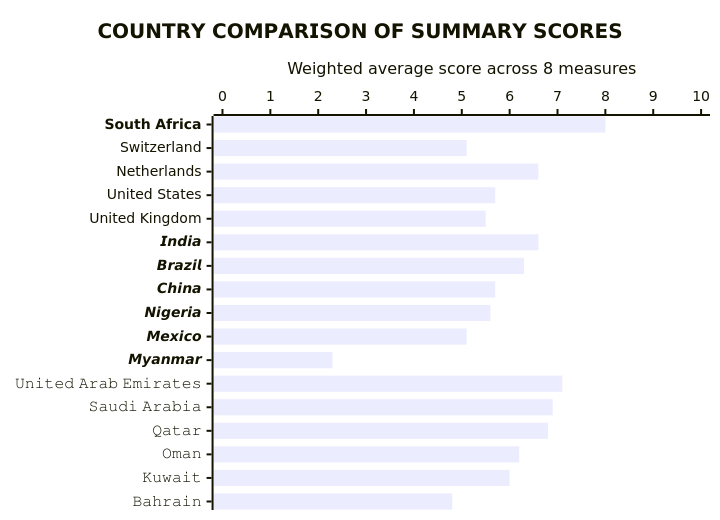
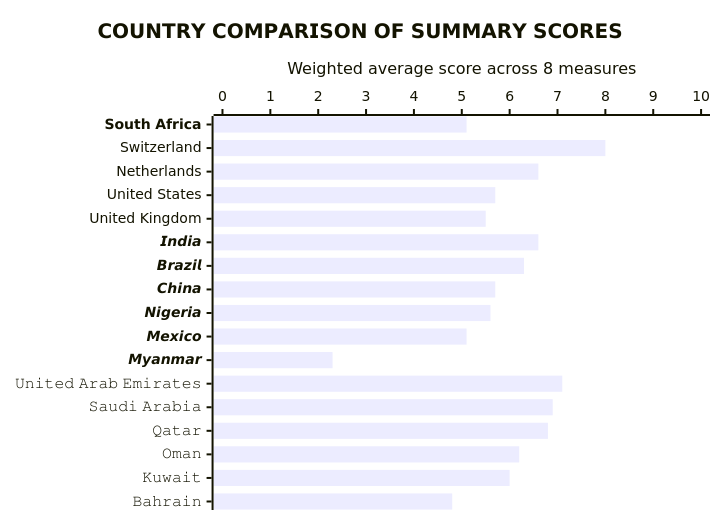
Before and after one commit to Tellusant/docs: the second of 2 diagrams in articles-posts/economic-and-policy-sentiment-zaf.md, drawn with Mermaid.

```diff
--- a/articles-posts/economic-and-policy-sentiment-zaf.md
+++ b/articles-posts/economic-and-policy-sentiment-zaf.md
@@ -82,9 +82,9 @@
 <div class="mermaid">
 
 xychart-beta horizontal
     title "𝗖𝗢𝗨𝗡𝗧𝗥𝗬 𝗖𝗢𝗠𝗣𝗔𝗥𝗜𝗦𝗢𝗡 𝗢𝗙 𝗦𝗨𝗠𝗠𝗔𝗥𝗬 𝗦𝗖𝗢𝗥𝗘𝗦"
     x-axis ["𝗦𝗼𝘂𝘁𝗵 𝗔𝗳𝗿𝗶𝗰𝗮", "Switzerland", "Netherlands", "United States", "United Kingdom", "𝙄𝙣𝙙𝙞𝙖", "𝘽𝙧𝙖𝙯𝙞𝙡", "𝘾𝙝𝙞𝙣𝙖", "𝙉𝙞𝙜𝙚𝙧𝙞𝙖", "𝙈𝙚𝙭𝙞𝙘𝙤", "𝙈𝙮𝙖𝙣𝙢𝙖𝙧", "𝚄𝚗𝚒𝚝𝚎𝚍 𝙰𝚛𝚊𝚋 𝙴𝚖𝚒𝚛𝚊𝚝𝚎𝚜", "𝚂𝚊𝚞𝚍𝚒 𝙰𝚛𝚊𝚋𝚒𝚊", "𝚀𝚊𝚝𝚊𝚛","𝙾𝚖𝚊𝚗", "𝙺𝚞𝚠𝚊𝚒𝚝", "𝙱𝚊𝚑𝚛𝚊𝚒𝚗"]
     y-axis "Weighted average score across 8 measures" 0 --> 10
-    bar [8.0, 5.1, 6.6, 5.7, 5.5, 6.6, 6.3, 5.7, 5.6, 5.1, 2.3, 7.1, 6.9, 6.8, 6.2, 6.0, 4.8]
+    bar [5.1, 8.0, 6.6, 5.7, 5.5, 6.6, 6.3, 5.7, 5.6, 5.1, 2.3, 7.1, 6.9, 6.8, 6.2, 6.0, 4.8]
     
 </div>
```
